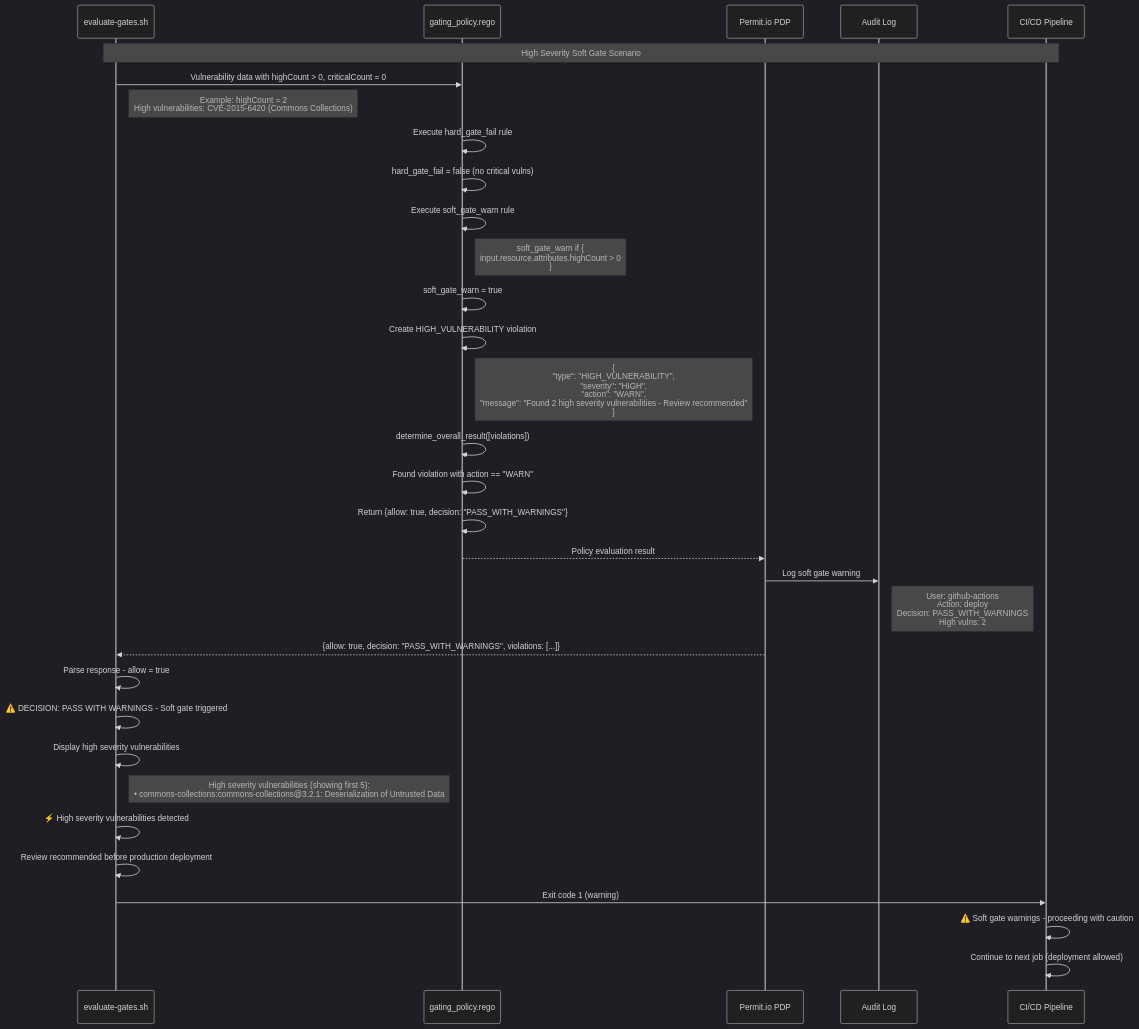
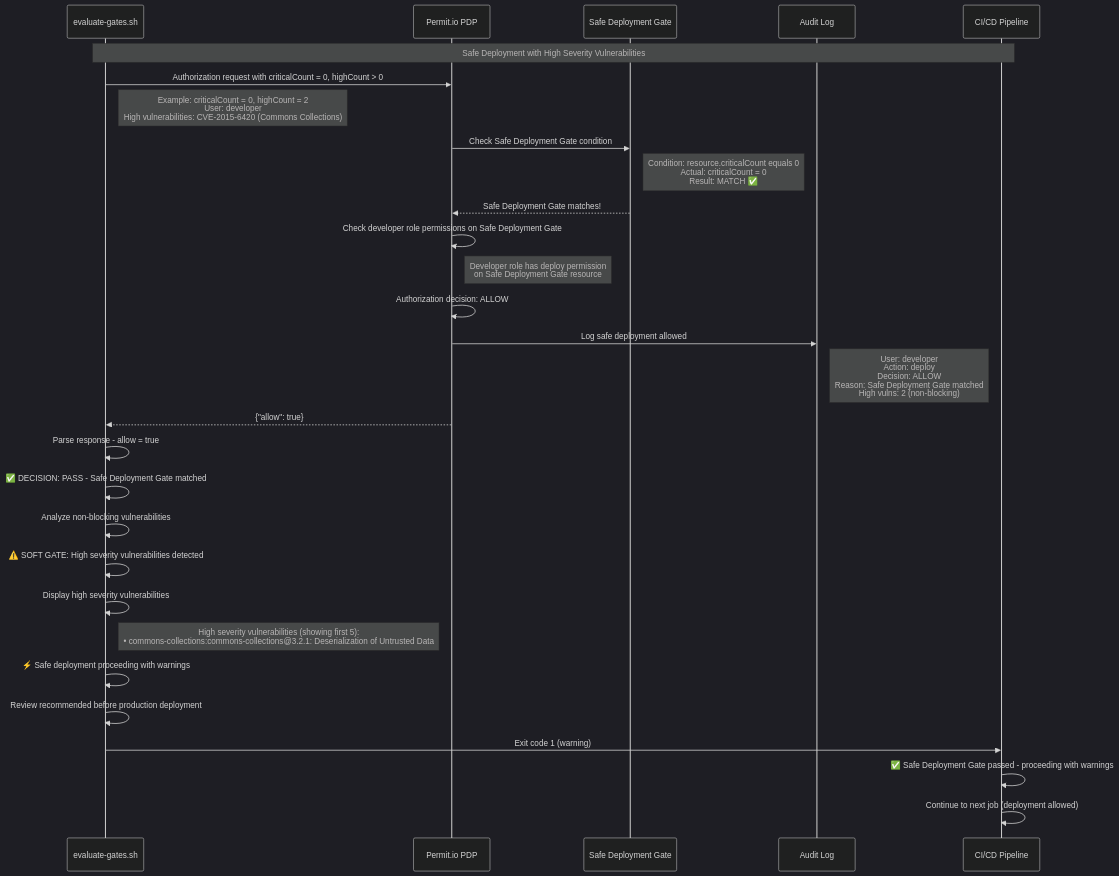
The third of 7 diagrams in permit-gating/docs/diagrams/gate-decision-matrix.md (AndreaRamirez17/POC_bckup), drawn with Mermaid (dark theme) before and after one commit. The commit also changed other lines of this file and 11 other files, not shown here.

First line of the commit message:
Implement Safe Deployment Gate with dynamic role assignment and optimized architecture

````diff
--- a/permit-gating/docs/diagrams/gate-decision-matrix.md
+++ b/permit-gating/docs/diagrams/gate-decision-matrix.md
@@ -84,45 +85,40 @@
 ```mermaid
 sequenceDiagram
     participant Script as evaluate-gates.sh
-    participant Policy as gating_policy.rego
     participant PDP as Permit.io PDP
+    participant ResourceSet as Safe Deployment Gate
     participant Audit as Audit Log
     participant Pipeline as CI/CD Pipeline
 
-    Note over Script, Pipeline: High Severity Soft Gate Scenario
+    Note over Script, Pipeline: Safe Deployment with High Severity Vulnerabilities
 
-    Script->>Policy: Vulnerability data with highCount > 0, criticalCount = 0
-    Note right of Script: Example: highCount = 2<br/>High vulnerabilities: CVE-2015-6420 (Commons Collections)
+    Script->>PDP: Authorization request with criticalCount = 0, highCount > 0
+    Note right of Script: Example: criticalCount = 0, highCount = 2<br/>User: developer<br/>High vulnerabilities: CVE-2015-6420 (Commons Collections)
 
-    Policy->>Policy: Execute hard_gate_fail rule
-    Policy->>Policy: hard_gate_fail = false (no critical vulns)
+    PDP->>ResourceSet: Check Safe Deployment Gate condition
+    Note right of ResourceSet: Condition: resource.criticalCount equals 0<br/>Actual: criticalCount = 0<br/>Result: MATCH ✅
 
-    Policy->>Policy: Execute soft_gate_warn rule
-    Note right of Policy: soft_gate_warn if {<br/>    input.resource.attributes.highCount > 0<br/>}
+    ResourceSet-->>PDP: Safe Deployment Gate matches!
+    PDP->>PDP: Check developer role permissions on Safe Deployment Gate
+    Note right of PDP: Developer role has deploy permission<br/>on Safe Deployment Gate resource
 
-    Policy->>Policy: soft_gate_warn = true
-    Policy->>Policy: Create HIGH_VULNERABILITY violation
-    Note right of Policy: {<br/>  "type": "HIGH_VULNERABILITY",<br/>  "severity": "HIGH",<br/>  "action": "WARN",<br/>  "message": "Found 2 high severity vulnerabilities - Review recommended"<br/>}
+    PDP->>PDP: Authorization decision: ALLOW
+    PDP->>Audit: Log safe deployment allowed
+    Note right of Audit: User: developer<br/>Action: deploy<br/>Decision: ALLOW<br/>Reason: Safe Deployment Gate matched<br/>High vulns: 2 (non-blocking)
 
-    Policy->>Policy: determine_overall_result([violations])
-    Policy->>Policy: Found violation with action == "WARN"
-    Policy->>Policy: Return {allow: true, decision: "PASS_WITH_WARNINGS"}
-
-    Policy-->>PDP: Policy evaluation result
-    PDP->>Audit: Log soft gate warning
-    Note right of Audit: User: github-actions<br/>Action: deploy<br/>Decision: PASS_WITH_WARNINGS<br/>High vulns: 2
-
-    PDP-->>Script: {allow: true, decision: "PASS_WITH_WARNINGS", violations: [...]}
+    PDP-->>Script: {"allow": true}
 
     Script->>Script: Parse response - allow = true
-    Script->>Script: ⚠️ DECISION: PASS WITH WARNINGS - Soft gate triggered
+    Script->>Script: ✅ DECISION: PASS - Safe Deployment Gate matched
+    Script->>Script: Analyze non-blocking vulnerabilities
+    Script->>Script: ⚠️ SOFT GATE: High severity vulnerabilities detected
     Script->>Script: Display high severity vulnerabilities
     Note right of Script: High severity vulnerabilities (showing first 5):<br/>  • commons-collections:commons-collections@3.2.1: Deserialization of Untrusted Data
 
-    Script->>Script: ⚡ High severity vulnerabilities detected
+    Script->>Script: ⚡ Safe deployment proceeding with warnings
     Script->>Script: Review recommended before production deployment
 
     Script->>Pipeline: Exit code 1 (warning)
-    Pipeline->>Pipeline: ⚠️ Soft gate warnings - proceeding with caution
+    Pipeline->>Pipeline: ✅ Safe Deployment Gate passed - proceeding with warnings
     Pipeline->>Pipeline: Continue to next job (deployment allowed)
 ```
````
